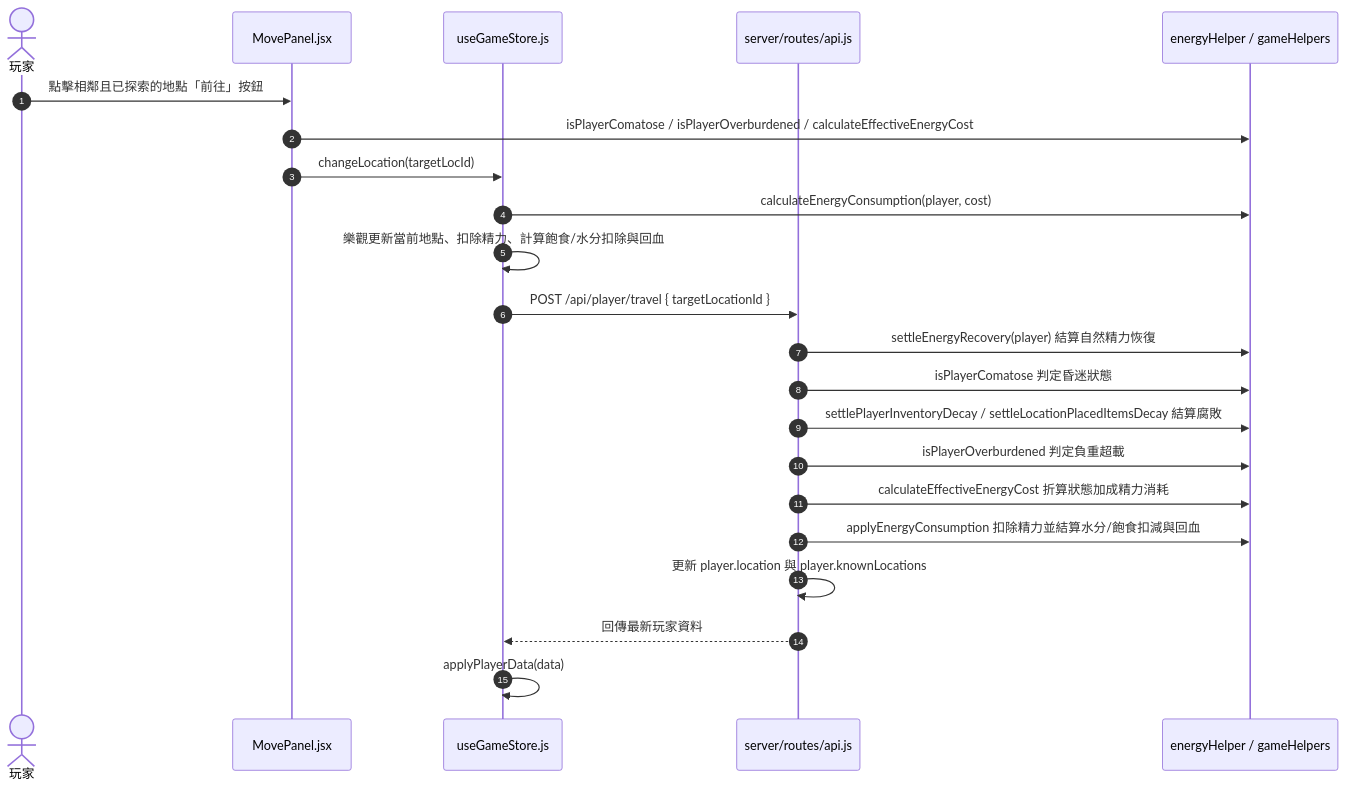
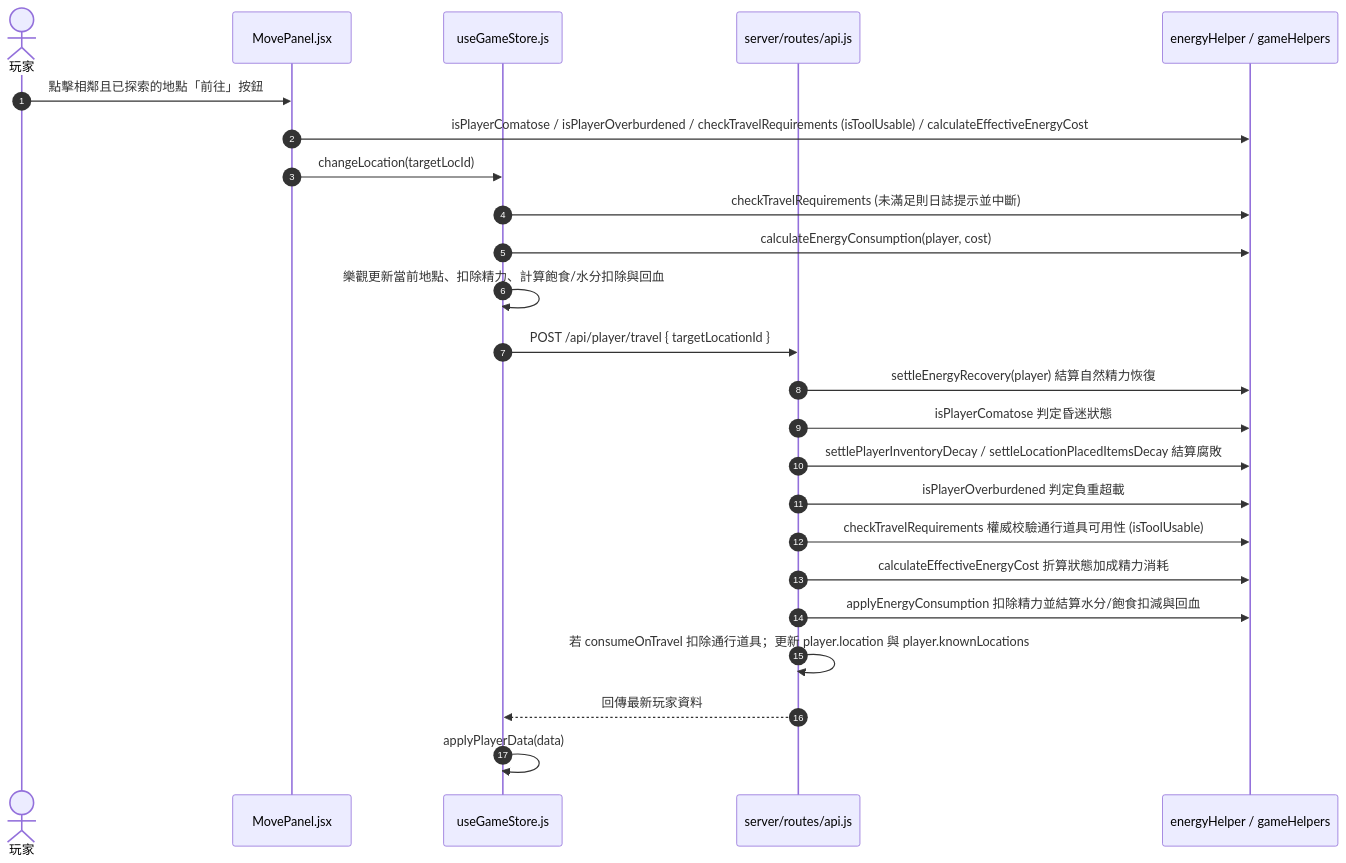
Before and after one commit to csiehsu/Aether-Immersion: the second of 16 diagrams in README.md, drawn with Mermaid. The commit also changed other lines of this file and 7 other files, not shown here.

````diff
--- a/README.md
+++ b/README.md
@@ -251,25 +251,27 @@
 ```mermaid
 sequenceDiagram
     autonumber
     actor Player as 玩家
     participant View as MovePanel.jsx
     participant Store as useGameStore.js
     participant API as server/routes/api.js
     participant Helper as energyHelper / gameHelpers
 
     Player->>View: 點擊相鄰且已探索的地點「前往」按鈕
-    View->>Helper: isPlayerComatose / isPlayerOverburdened / calculateEffectiveEnergyCost
+    View->>Helper: isPlayerComatose / isPlayerOverburdened / checkTravelRequirements (isToolUsable) / calculateEffectiveEnergyCost
     View->>Store: changeLocation(targetLocId)
+    Store->>Helper: checkTravelRequirements (未滿足則日誌提示並中斷)
     Store->>Helper: calculateEnergyConsumption(player, cost)
     Store->>Store: 樂觀更新當前地點、扣除精力、計算飽食/水分扣除與回血
     Store->>API: POST /api/player/travel { targetLocationId }
     API->>Helper: settleEnergyRecovery(player) 結算自然精力恢復
     API->>Helper: isPlayerComatose 判定昏迷狀態
     API->>Helper: settlePlayerInventoryDecay / settleLocationPlacedItemsDecay 結算腐敗
     API->>Helper: isPlayerOverburdened 判定負重超載
+    API->>Helper: checkTravelRequirements 權威校驗通行道具可用性 (isToolUsable)
     API->>Helper: calculateEffectiveEnergyCost 折算狀態加成精力消耗
     API->>Helper: applyEnergyConsumption 扣除精力並結算水分/飽食扣減與回血
-    API->>API: 更新 player.location 與 player.knownLocations
+    API->>API: 若 consumeOnTravel 扣除通行道具；更新 player.location 與 player.knownLocations
     API-->>Store: 回傳最新玩家資料
     Store->>Store: applyPlayerData(data)
 ```
````
